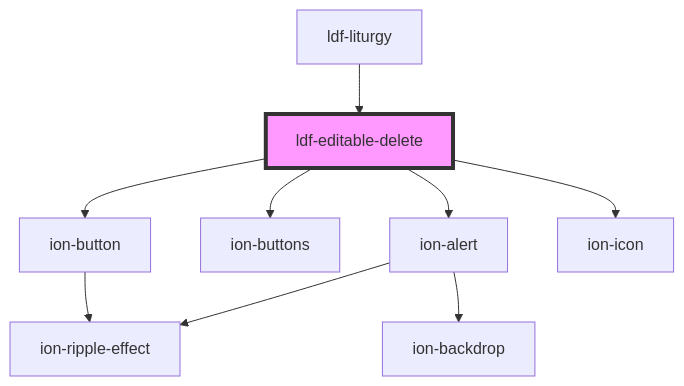
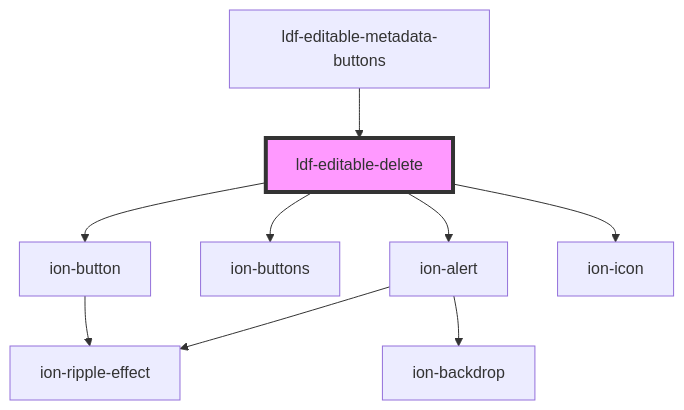
Before and after one commit to gbj/venite: the diagram in components/src/components/editable-delete/readme.md, drawn with Mermaid. The commit also changed other lines of this file and 22 other files, not shown here.

````diff
--- a/components/src/components/editable-delete/readme.md
+++ b/components/src/components/editable-delete/readme.md
@@ -38,12 +38,12 @@
 ```mermaid
 graph TD;
   ldf-editable-delete --> ion-alert
   ldf-editable-delete --> ion-buttons
   ldf-editable-delete --> ion-button
   ldf-editable-delete --> ion-icon
   ion-alert --> ion-ripple-effect
   ion-alert --> ion-backdrop
   ion-button --> ion-ripple-effect
-  ldf-liturgy --> ldf-editable-delete
+  ldf-editable-metadata-buttons --> ldf-editable-delete
   style ldf-editable-delete fill:#f9f,stroke:#333,stroke-width:4px
 ```
````
